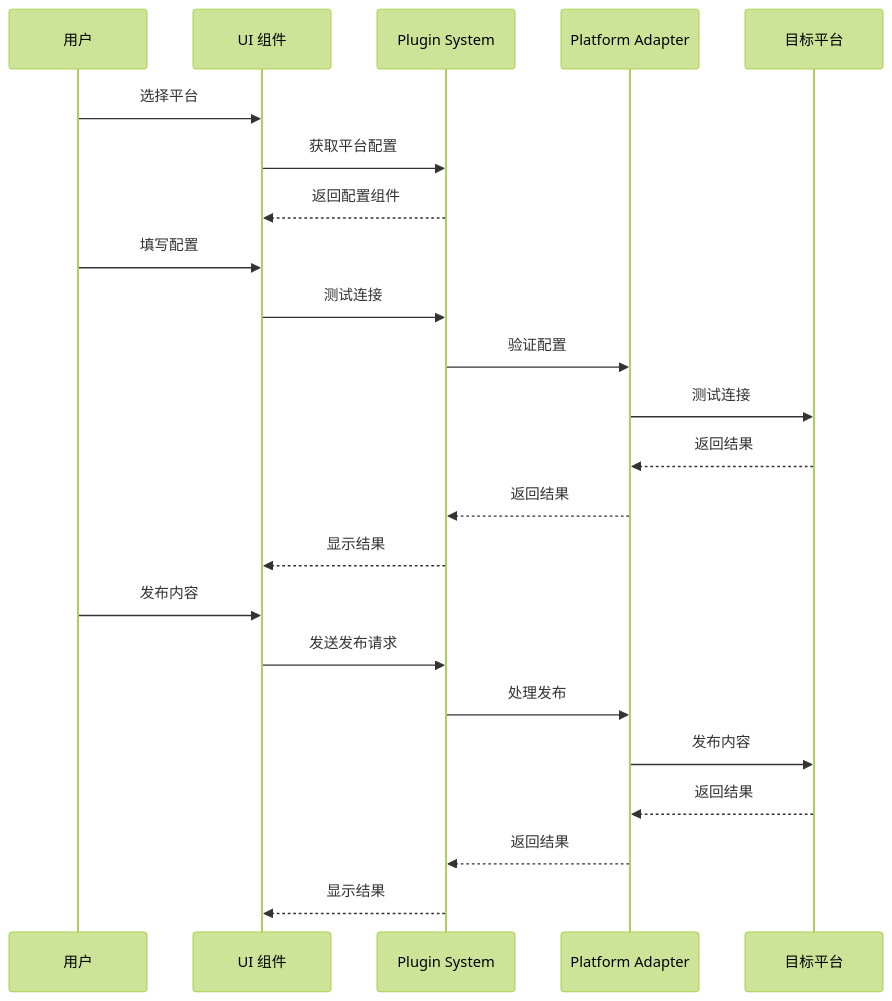
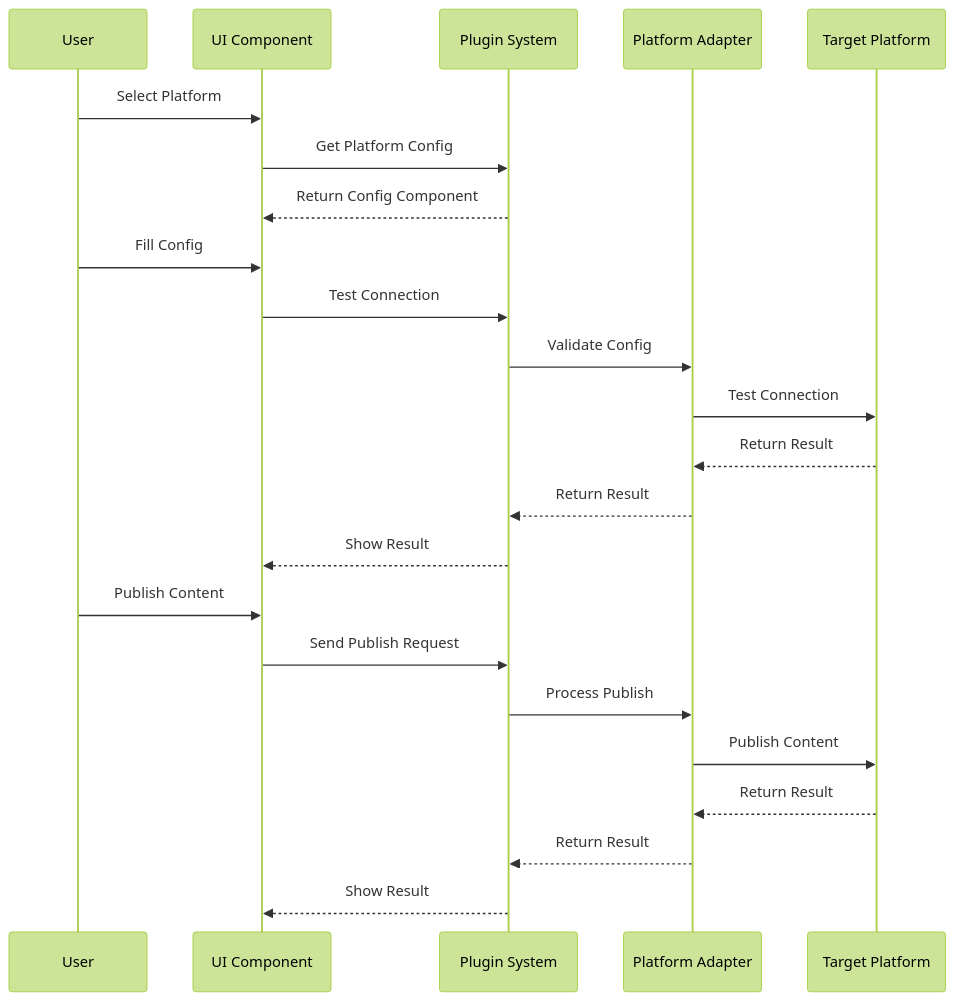
The third of 7 diagrams in DEVELOPMENT.md (terwer/siyuan-plugin-publisher), drawn with Mermaid (forest theme) before and after one commit. The commit also changed other lines of this file and 1 other file, not shown here.

First line of the commit message:
docs(DEVELOPMENT): update plugin system architecture and development guidelines

````diff
--- a/DEVELOPMENT.md
+++ b/DEVELOPMENT.md
@@ -380,26 +54,26 @@
 ```mermaid
 sequenceDiagram
-    participant User as 用户
-    participant UI as UI 组件
+    participant User as User
+    participant UI as UI Component
     participant PS as Plugin System
     participant PA as Platform Adapter
-    participant Platform as 目标平台
+    participant Platform as Target Platform
 
-    User->>UI: 选择平台
-    UI->>PS: 获取平台配置
-    PS-->>UI: 返回配置组件
-    User->>UI: 填写配置
-    UI->>PS: 测试连接
-    PS->>PA: 验证配置
-    PA->>Platform: 测试连接
-    Platform-->>PA: 返回结果
-    PA-->>PS: 返回结果
-    PS-->>UI: 显示结果
-    User->>UI: 发布内容
-    UI->>PS: 发送发布请求
-    PS->>PA: 处理发布
-    PA->>Platform: 发布内容
-    Platform-->>PA: 返回结果
-    PA-->>PS: 返回结果
-    PS-->>UI: 显示结果
+    User->>UI: Select Platform
+    UI->>PS: Get Platform Config
+    PS-->>UI: Return Config Component
+    User->>UI: Fill Config
+    UI->>PS: Test Connection
+    PS->>PA: Validate Config
+    PA->>Platform: Test Connection
+    Platform-->>PA: Return Result
+    PA-->>PS: Return Result
+    PS-->>UI: Show Result
+    User->>UI: Publish Content
+    UI->>PS: Send Publish Request
+    PS->>PA: Process Publish
+    PA->>Platform: Publish Content
+    Platform-->>PA: Return Result
+    PA-->>PS: Return Result
+    PS-->>UI: Show Result
 ```
````
